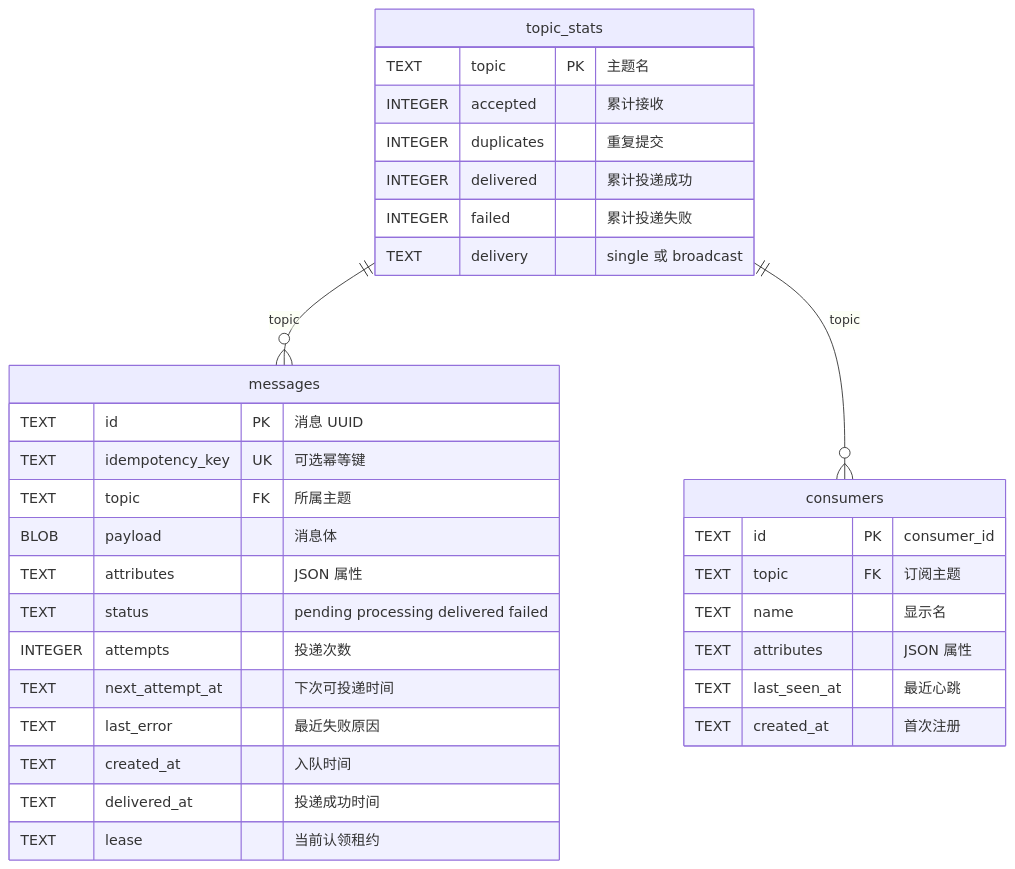
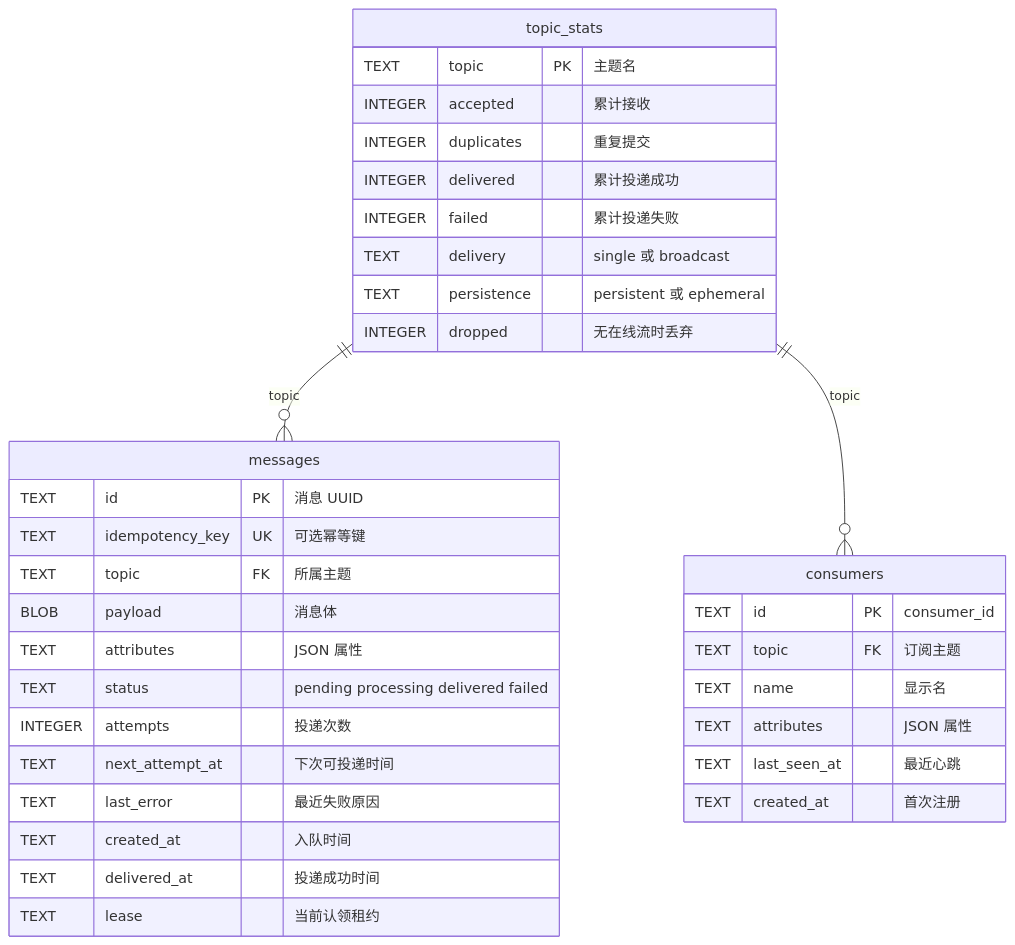
One commit to zhangjianshe/cangling-broker changed the diagram in README.md. Above: the diagram before and after it, drawn with Mermaid. The commit also changed other lines of this file and 15 other files, not shown here.

````diff
--- a/README.md
+++ b/README.md
@@ -272,38 +279,40 @@
 ```mermaid
 erDiagram
     topic_stats ||--o{ messages : "topic"
     topic_stats ||--o{ consumers : "topic"
 
     topic_stats {
         TEXT topic PK "主题名"
         INTEGER accepted "累计接收"
         INTEGER duplicates "重复提交"
         INTEGER delivered "累计投递成功"
         INTEGER failed "累计投递失败"
         TEXT delivery "single 或 broadcast"
+        TEXT persistence "persistent 或 ephemeral"
+        INTEGER dropped "无在线流时丢弃"
     }
 
     messages {
         TEXT id PK "消息 UUID"
         TEXT idempotency_key UK "可选幂等键"
         TEXT topic FK "所属主题"
         BLOB payload "消息体"
         TEXT attributes "JSON 属性"
         TEXT status "pending processing delivered failed"
         INTEGER attempts "投递次数"
         TEXT next_attempt_at "下次可投递时间"
         TEXT last_error "最近失败原因"
         TEXT created_at "入队时间"
         TEXT delivered_at "投递成功时间"
         TEXT lease "当前认领租约"
     }
 
     consumers {
         TEXT id PK "consumer_id"
         TEXT topic FK "订阅主题"
         TEXT name "显示名"
         TEXT attributes "JSON 属性"
         TEXT last_seen_at "最近心跳"
         TEXT created_at "首次注册"
     }
 ```
````
